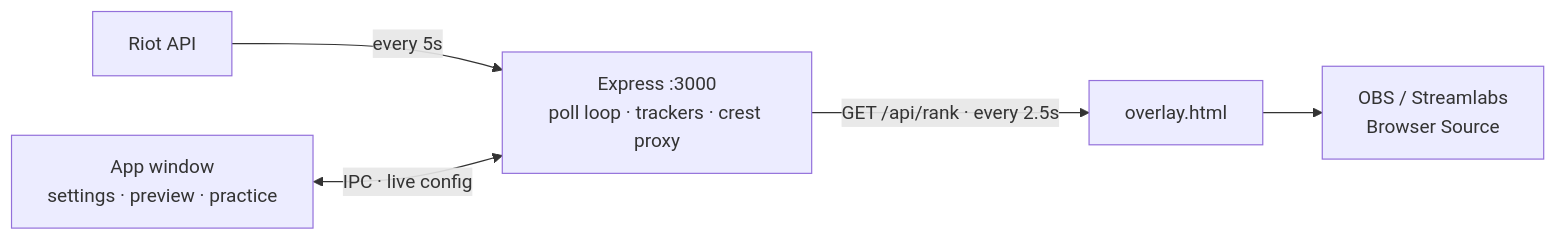
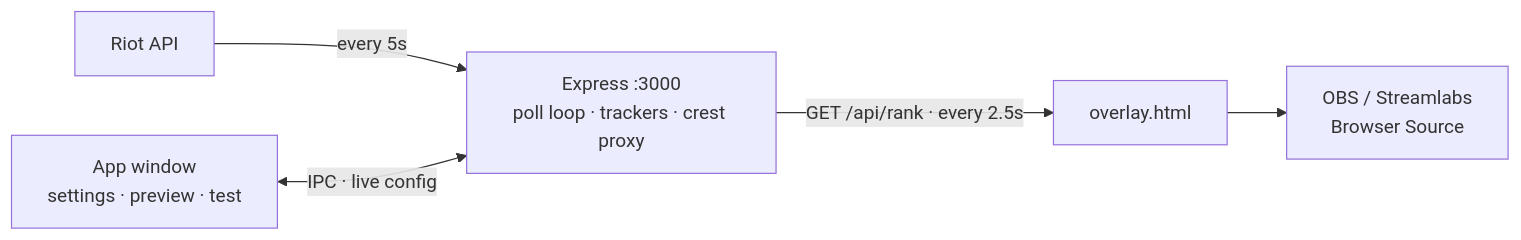
Before and after one commit to TechNomadCode/TFT-Live-Overlay: the diagram in README.md, drawn with Mermaid. The commit also changed other lines of this file and 26 other files, not shown here.

First line of the commit message:
Add Double Up ladder support, rename Practice to Test

````diff
--- a/README.md
+++ b/README.md
@@ -114,7 +128,7 @@
 ```mermaid
 flowchart LR
   R["Riot API"] -->|"every 5s"| S["Express :3000<br/>poll loop · trackers · crest proxy"]
   S -->|"GET /api/rank · every 2.5s"| O["overlay.html"]
   O --> B["OBS / Streamlabs<br/>Browser Source"]
-  W["App window<br/>settings · preview · practice"] <-->|"IPC · live config"| S
+  W["App window<br/>settings · preview · test"] <-->|"IPC · live config"| S
 ```
````
